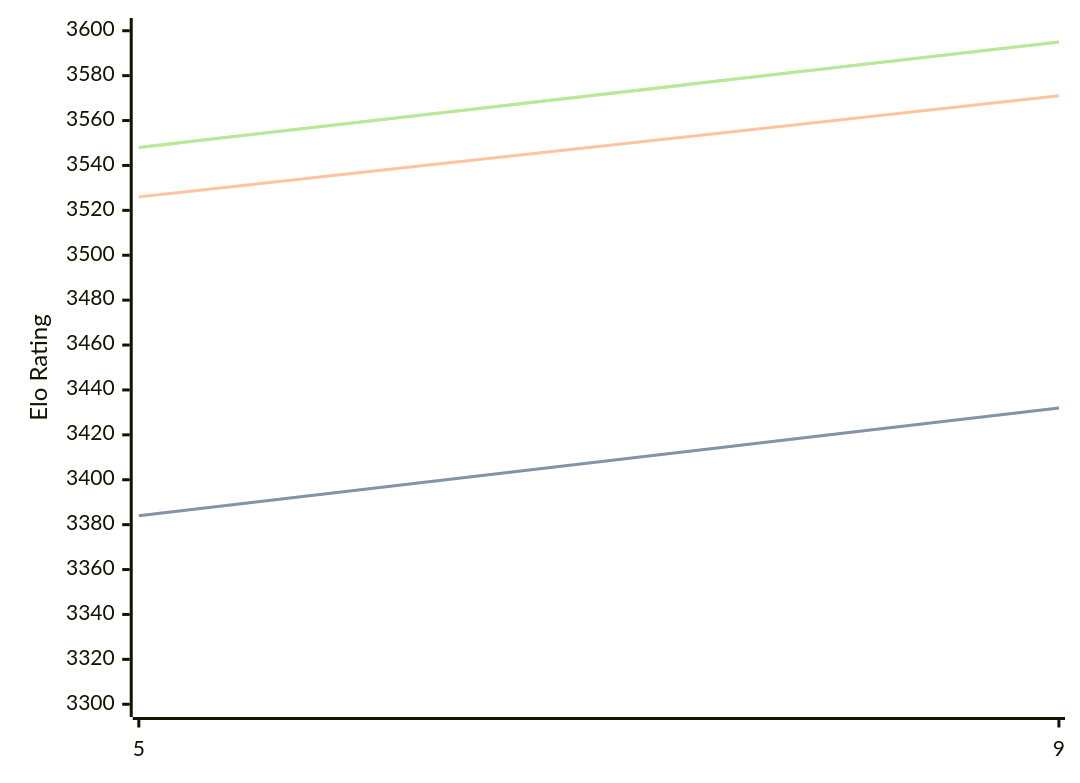
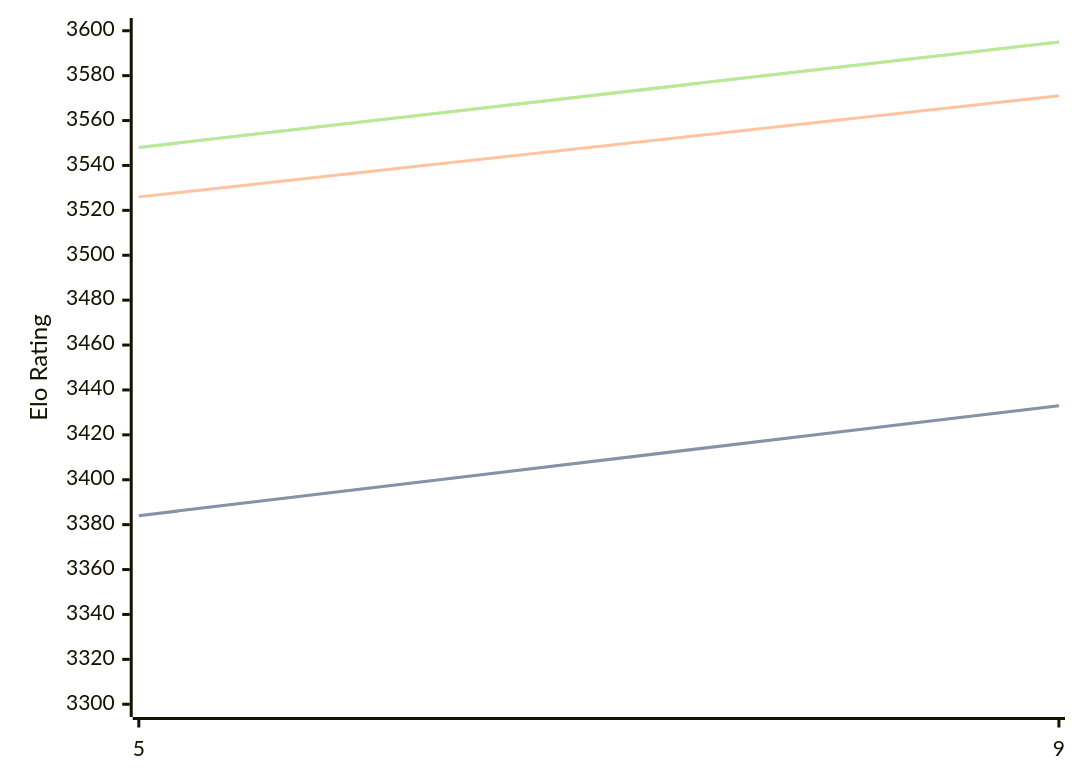
Before and after one commit to computer-chess-index/cci: the diagram in engines/Crystal.md, drawn with Mermaid. The commit also changed other lines of this file, not shown here.

````diff
--- a/engines/Crystal.md
+++ b/engines/Crystal.md
@@ -32,11 +32,11 @@
 ```mermaid
 %%{init: {"theme":"base","themeVariables":{"seriesColors:['#a3a3a3','#222221','#faa371']}}}%%
 xychart-beta
   x-axis ["5", "9"]
   y-axis "Elo Rating" 3300 --> 3600
-  line "" [3384, 3432]
-  line "STC (8.0+0.08s)" [3384, 3432]
+  line "" [3384, 3433]
+  line "STC (8.0+0.08s)" [3384, 3433]
   line "LTC (60.0+0.60s)" [3526, 3571]
   line "" [3548, 3595]
   line "VLTC (2m24s+1.12s)" [3548, 3595]
 ```
````
